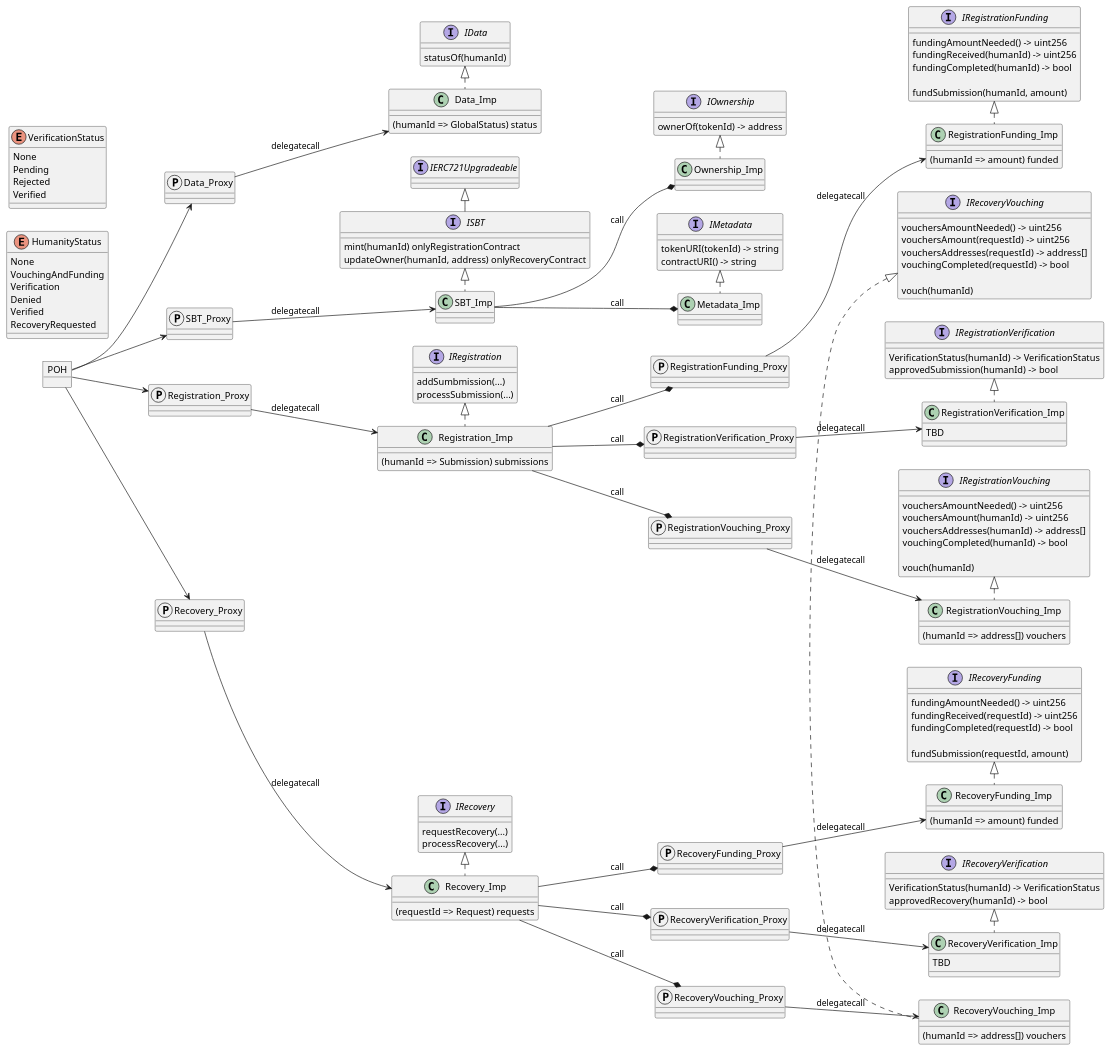
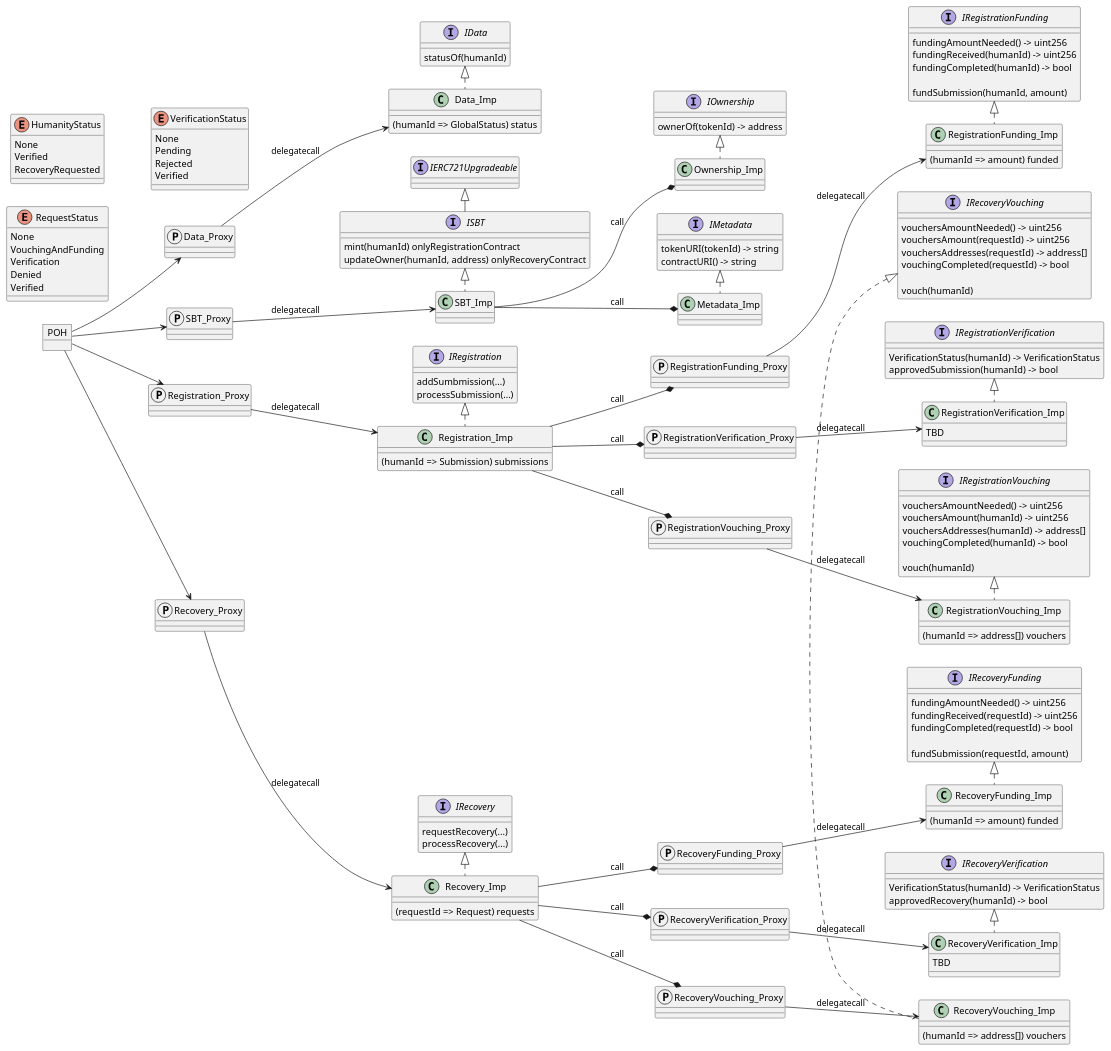
Before and after one commit to OpenProofOfHumanity/democratic-proof-of-humanity: the diagram in diagrams/contracts.puml, drawn with PlantUML. The commit also changed 3 other files, not shown here.

Commit message:
split humanity and request status enums

```diff
--- a/diagrams/contracts.puml
+++ b/diagrams/contracts.puml
@@ -11,20 +11,28 @@
 ' enums
 
 enum HumanityStatus {
-    None
-    VouchingAndFunding
-    Verification
-    Denied
-    Verified
+	None
+	Verified
     RecoveryRequested
 }
 
+
+enum RequestStatus {
+	None
+	VouchingAndFunding
+	Verification
+	Denied
+	Verified
+}
+
 enum VerificationStatus {
-    None
-    Pending
-    Rejected
-    Verified
+	None
+	Pending
+	Rejected
+	Verified
 }
+
+
 
 ' interfaces / abstract classes
 
```
